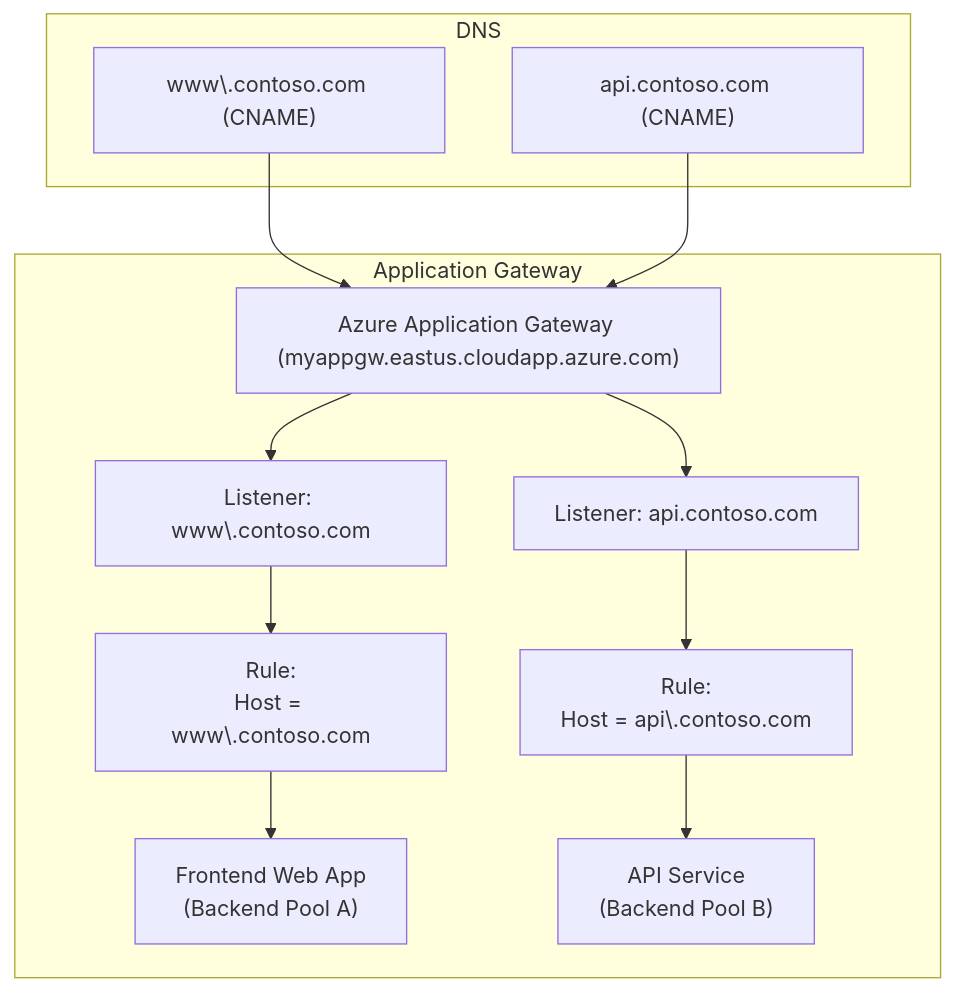
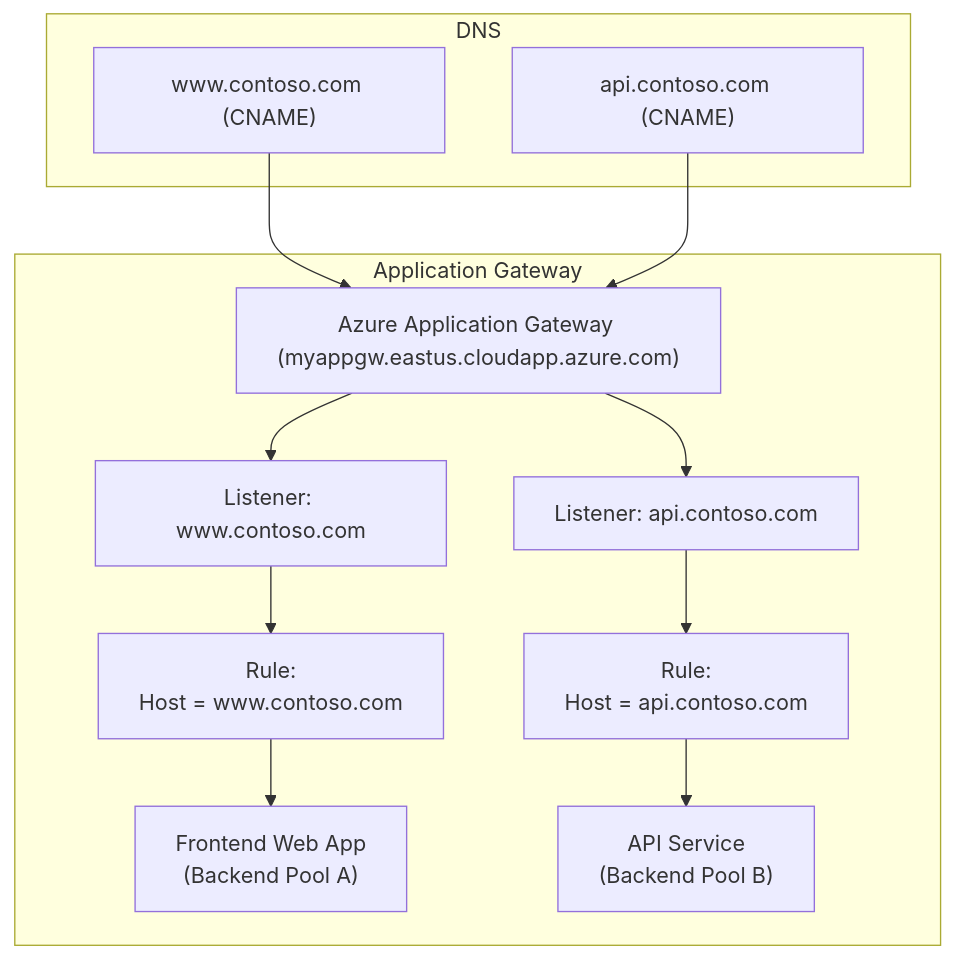
The diagram in _posts/2025-05-13-Azure-Cloud-Network.md (iguoli/iguoli.github.io), drawn with Mermaid before and after one commit.

Commit message:
Removed escape chars

````diff
--- a/_posts/2025-05-13-Azure-Cloud-Network.md
+++ b/_posts/2025-05-13-Azure-Cloud-Network.md
@@ -68,21 +68,21 @@
 ```mermaid
 graph TD
   subgraph DNS
-    www["www\.contoso.com (CNAME)"]
+    www["www.contoso.com (CNAME)"]
     api["api.contoso.com (CNAME)"]
   end
 
   www --> gateway["Azure Application Gateway (myappgw.eastus.cloudapp.azure.com)"]
   api --> gateway["Azure Application Gateway (myappgw.eastus.cloudapp.azure.com)"]
 
   subgraph Application Gateway
-    gateway --> listener1["Listener: www\.contoso.com"]
+    gateway --> listener1["Listener: www.contoso.com"]
     gateway --> listener2["Listener: api.contoso.com"]
 
-    listener1 --> rule1["Rule:<br>Host = www\.contoso.com"]
-    listener2 --> rule2["Rule:<br>Host = api\.contoso.com"]
+    listener1 --> rule1["Rule:<br>Host = www.contoso.com"]
+    listener2 --> rule2["Rule:<br>Host = api.contoso.com"]
 
     rule1 --> frontend["Frontend Web App<br>(Backend Pool A)"]
     rule2 --> apiBackend["API Service<br>(Backend Pool B)"]
   end
 ```
````
